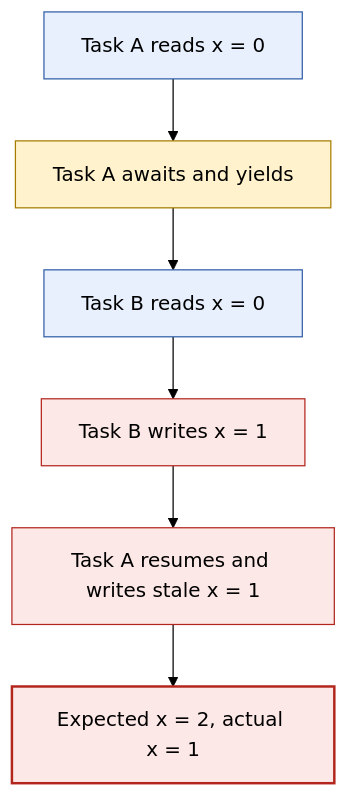
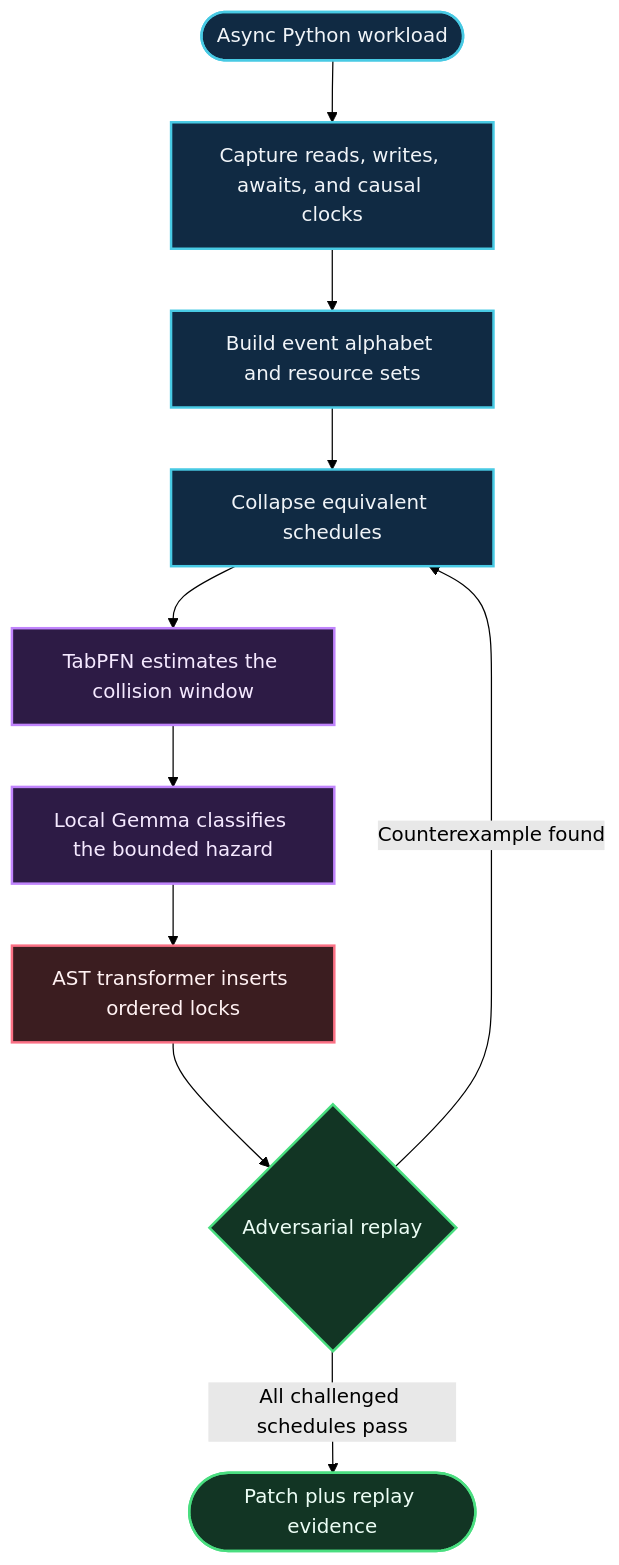
One commit to smtherer/ChaosSloth changed the first of 3 diagrams in README.md. Above: the diagram before and after it, drawn with Mermaid (forest theme). The commit also changed other lines of this file, not shown here.

````diff
--- a/README.md
+++ b/README.md
@@ -27,14 +43,20 @@
 ```mermaid
 flowchart TD
-    A["Task A reads x = 0"] --> B["Task A awaits and yields"]
-    B --> C["Task B reads x = 0"]
-    C --> D["Task B writes x = 1"]
-    D --> E["Task A resumes and writes stale x = 1"]
-    E --> F["Expected x = 2, actual x = 1"]
-    style A fill:#e8f0fe,stroke:#315ea8
-    style B fill:#fff2cc,stroke:#a67c00
-    style C fill:#e8f0fe,stroke:#315ea8
-    style D fill:#fce8e6,stroke:#b3261e
-    style E fill:#fce8e6,stroke:#b3261e
-    style F fill:#fce8e6,stroke:#b3261e,stroke-width:2px
+    A([Async Python workload]) --> B[Capture reads, writes, awaits, and causal clocks]
+    B --> C[Build event alphabet and resource sets]
+    C --> D[Collapse equivalent schedules]
+    D --> E[TabPFN estimates the collision window]
+    E --> F[Local Gemma classifies the bounded hazard]
+    F --> G[AST transformer inserts ordered locks]
+    G --> H{Adversarial replay}
+    H -->|All challenged schedules pass| I([Patch plus replay evidence])
+    H -->|Counterexample found| D
+    classDef observe fill:#102a43,color:#f0f4f8,stroke:#48cae4,stroke-width:2px
+    classDef infer fill:#2d1b45,color:#f5e9ff,stroke:#c084fc,stroke-width:2px
+    classDef patch fill:#3b1d20,color:#fff1f2,stroke:#fb7185,stroke-width:2px
+    classDef verify fill:#123524,color:#ecfdf5,stroke:#4ade80,stroke-width:2px
+    class A,B,C,D observe
+    class E,F infer
+    class G patch
+    class H,I verify
 ```
````
